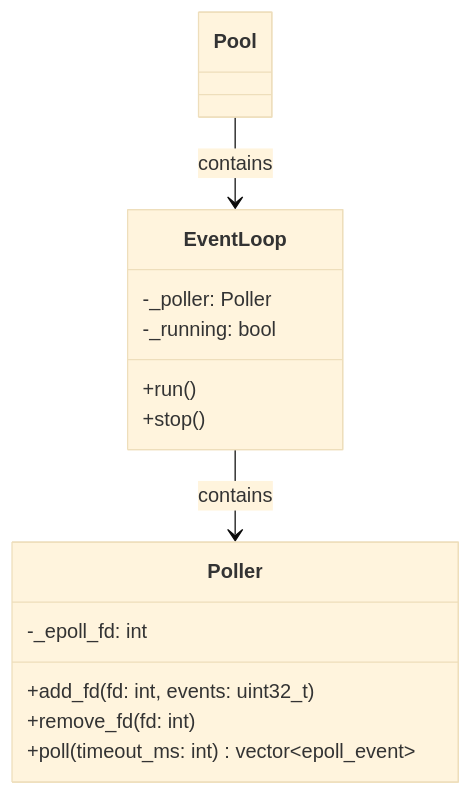
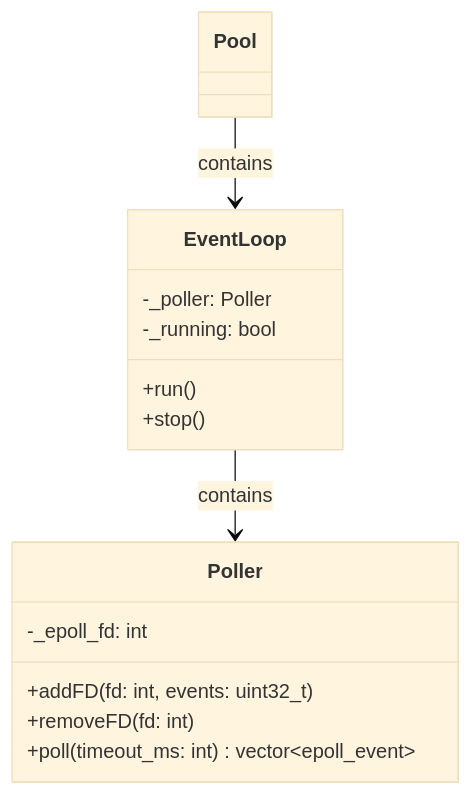
Before and after one commit to etib-corp/fion: the fourth of 10 diagrams in ARCHITECTURE.md, drawn with Mermaid (base theme). The commit also changed other lines of this file and 45 other files, not shown here.

Commit message:
Feat: Implement new architecture

````diff
--- a/ARCHITECTURE.md
+++ b/ARCHITECTURE.md
@@ -108,19 +108,19 @@
 ```mermaid
 classDiagram
     class EventLoop {
         -_poller: Poller
         -_running: bool
         +run()
         +stop()
     }
 
     class Poller {
         -_epoll_fd: int
-        +add_fd(fd: int, events: uint32_t)
-        +remove_fd(fd: int)
+        +addFD(fd: int, events: uint32_t)
+        +removeFD(fd: int)
         +poll(timeout_ms: int) vector~epoll_event~
     }
 
     Pool --> EventLoop : contains
     EventLoop --> Poller : contains
 ```
````
